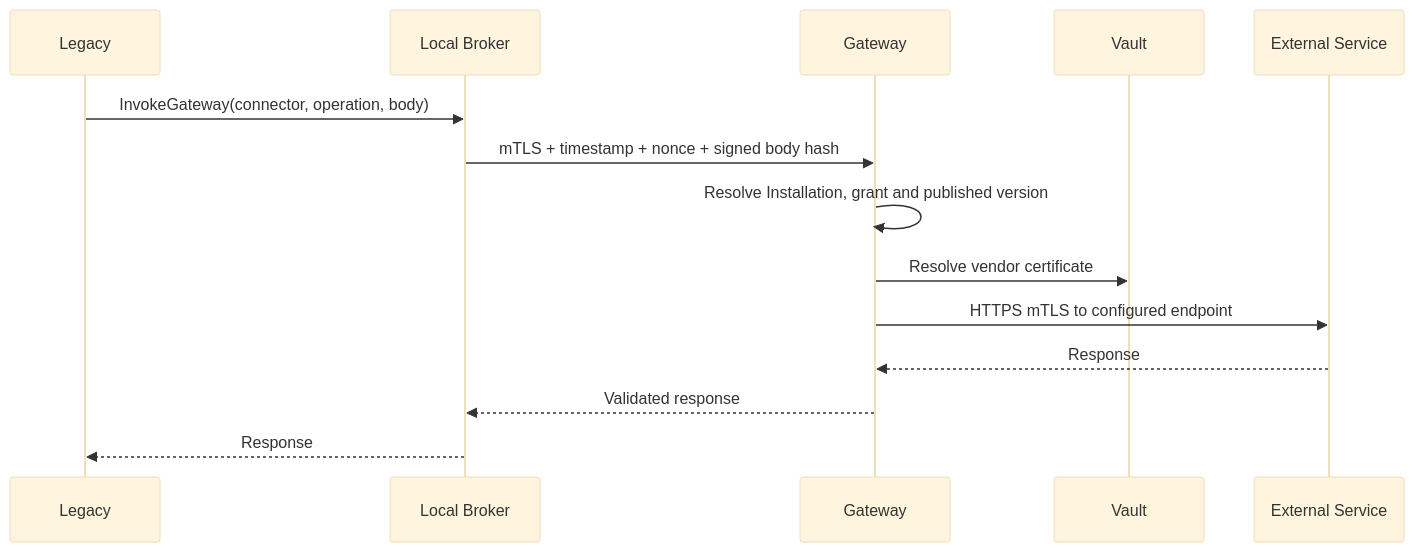
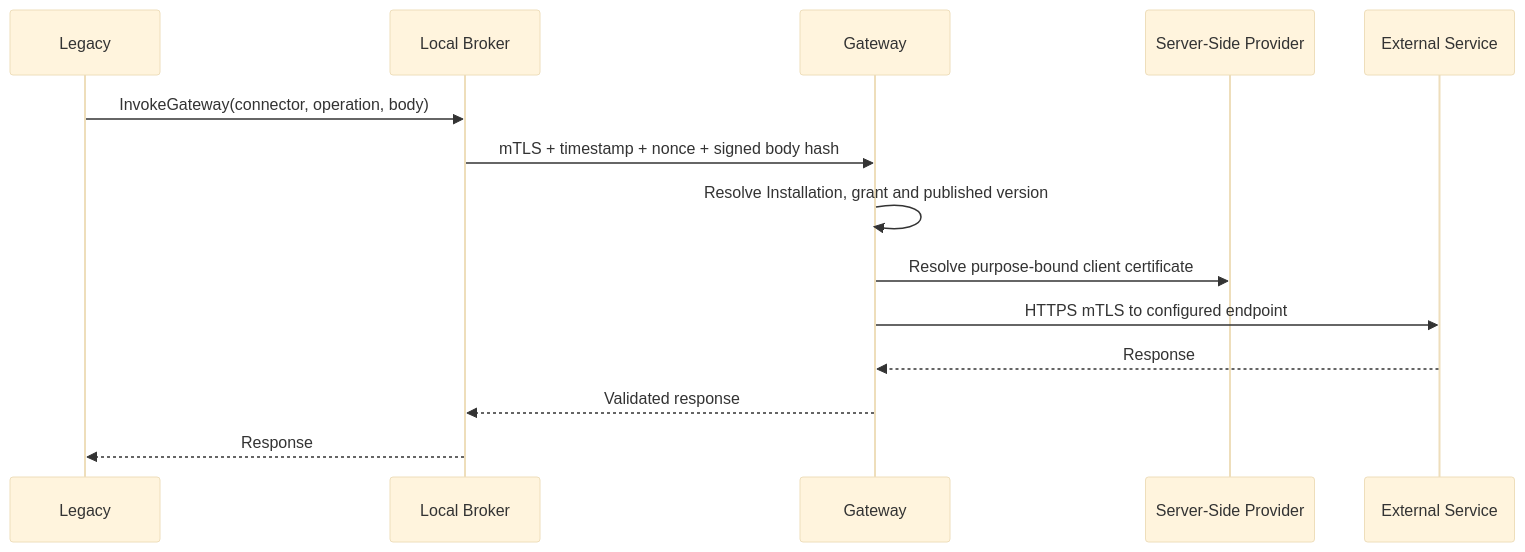
Before and after one commit to marcobiz/secure-integration-platform: the fourth of 12 diagrams in docs/architecture/sequence-diagrams.md, drawn with Mermaid (base theme). The commit also changed other lines of this file and 17 other files, not shown here.

Commit message:
docs(alpha): reconcile architecture security and deployment truth

````diff
--- a/docs/architecture/sequence-diagrams.md
+++ b/docs/architecture/sequence-diagrams.md
@@ -50,16 +53,16 @@
 ```mermaid
 sequenceDiagram
   participant L as Legacy
   participant B as Local Broker
   participant G as Gateway
-  participant V as Vault
+  participant V as Server-Side Provider
   participant E as External Service
   L->>B: InvokeGateway(connector, operation, body)
   B->>G: mTLS + timestamp + nonce + signed body hash
   G->>G: Resolve Installation, grant and published version
-  G->>V: Resolve vendor certificate
+  G->>V: Resolve purpose-bound client certificate
   G->>E: HTTPS mTLS to configured endpoint
   E-->>G: Response
   G-->>B: Validated response
   B-->>L: Response
 ```
````
